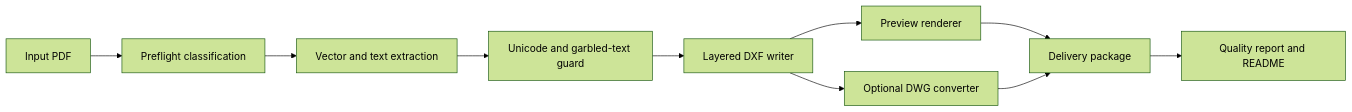
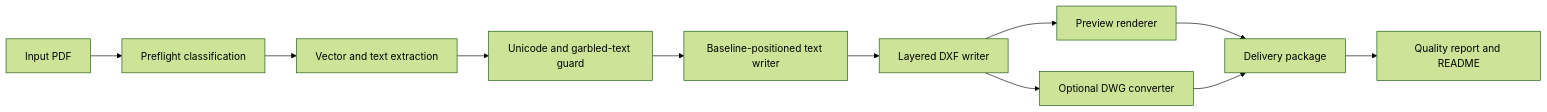
The diagram in docs/ARCHITECTURE.md (CavanJB/openclaw-pdf-to-cad-agent-skill), drawn with Mermaid (forest theme) before and after one commit. The commit also changed other lines of this file and 8 other files, not shown here.

````diff
--- a/docs/ARCHITECTURE.md
+++ b/docs/ARCHITECTURE.md
@@ -9,12 +9,13 @@
 ```mermaid
 flowchart LR
   A[Input PDF] --> B[Preflight classification]
   B --> C[Vector and text extraction]
   C --> D[Unicode and garbled-text guard]
-  D --> E[Layered DXF writer]
-  E --> F[Preview renderer]
-  E --> G[Optional DWG converter]
-  F --> H[Delivery package]
-  G --> H
-  H --> I[Quality report and README]
+  D --> E[Baseline-positioned text writer]
+  E --> F[Layered DXF writer]
+  F --> G[Preview renderer]
+  F --> H[Optional DWG converter]
+  G --> I[Delivery package]
+  H --> I
+  I --> J[Quality report and README]
 ```
````
